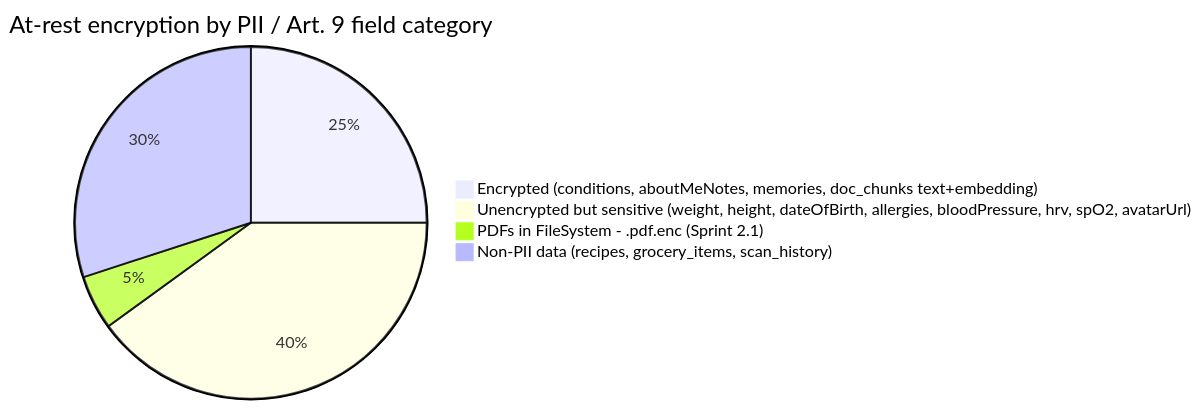
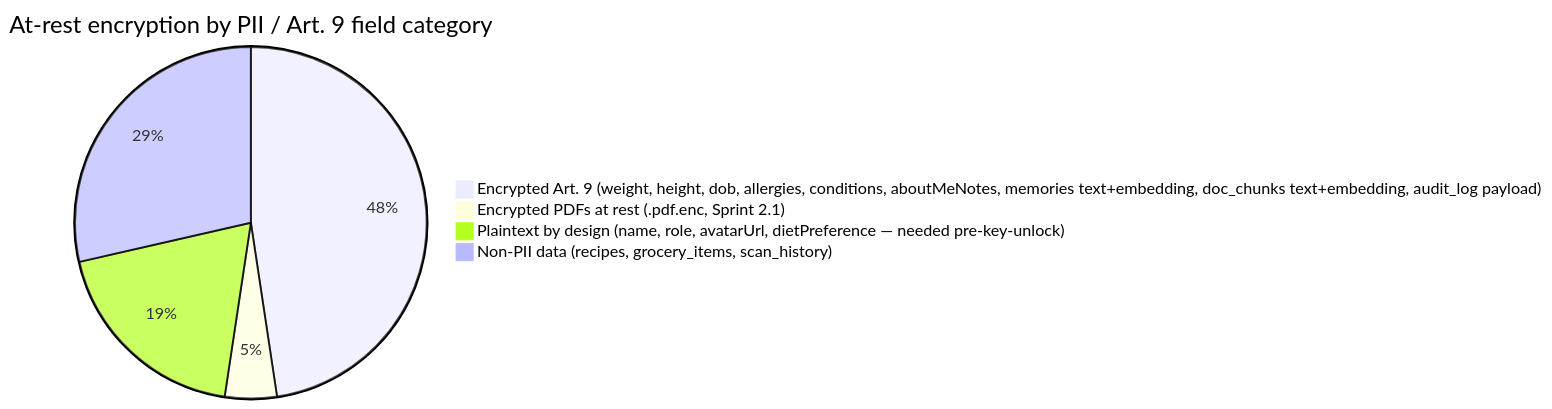
Diagram 19 of 23 in docs/data-architecture/11-diagrams.md (antonionc/nutrIAssistant), drawn with Mermaid before and after one commit. The commit also changed other lines of this file and 51 other files, not shown here.

````diff
--- a/docs/data-architecture/11-diagrams.md
+++ b/docs/data-architecture/11-diagrams.md
@@ -987,7 +978,7 @@
 ```mermaid
 pie title At-rest encryption by PII / Art. 9 field category
-    "Encrypted (conditions, aboutMeNotes, memories, doc_chunks text+embedding)" : 5
-    "Unencrypted but sensitive (weight, height, dateOfBirth, allergies, bloodPressure, hrv, spO2, avatarUrl)" : 8
-    "PDFs in FileSystem - .pdf.enc (Sprint 2.1)" : 1
+    "Encrypted Art. 9 (weight, height, dob, allergies, conditions, aboutMeNotes, memories text+embedding, doc_chunks text+embedding, audit_log payload)" : 10
+    "Encrypted PDFs at rest (.pdf.enc, Sprint 2.1)" : 1
+    "Plaintext by design (name, role, avatarUrl, dietPreference — needed pre-key-unlock)" : 4
     "Non-PII data (recipes, grocery_items, scan_history)" : 6
 ```
````
